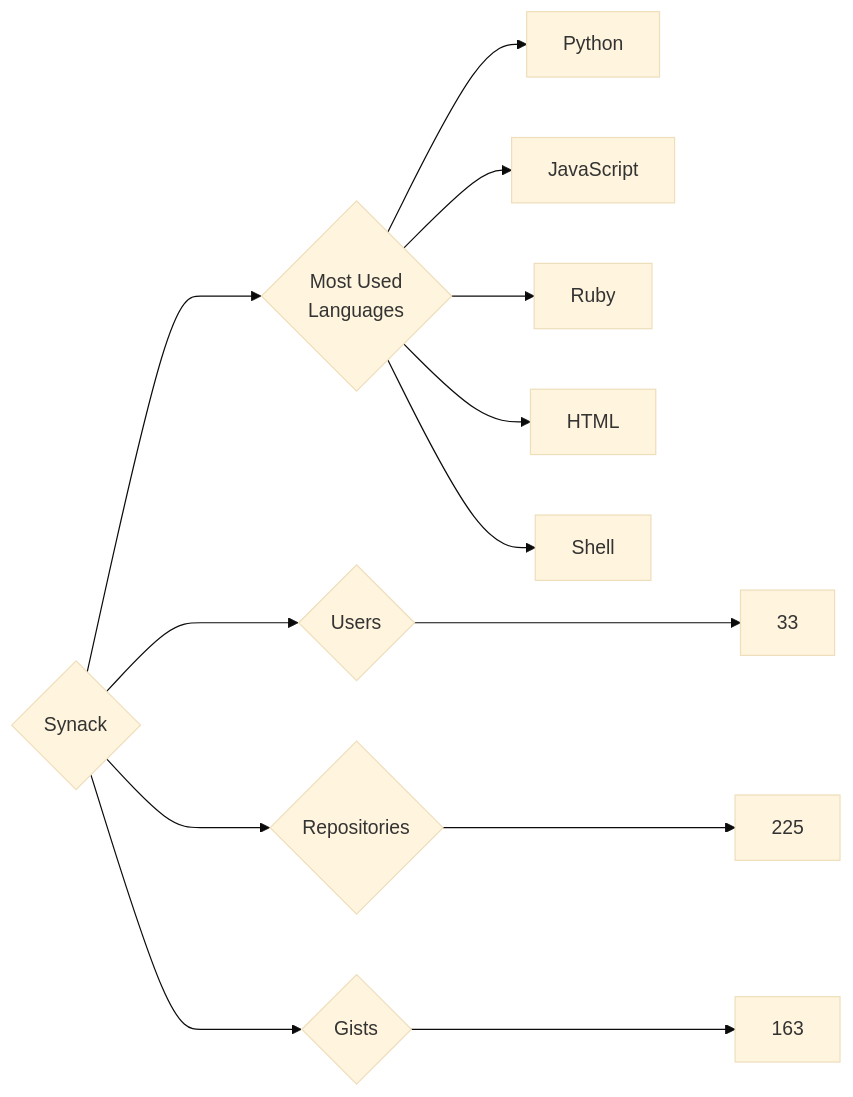
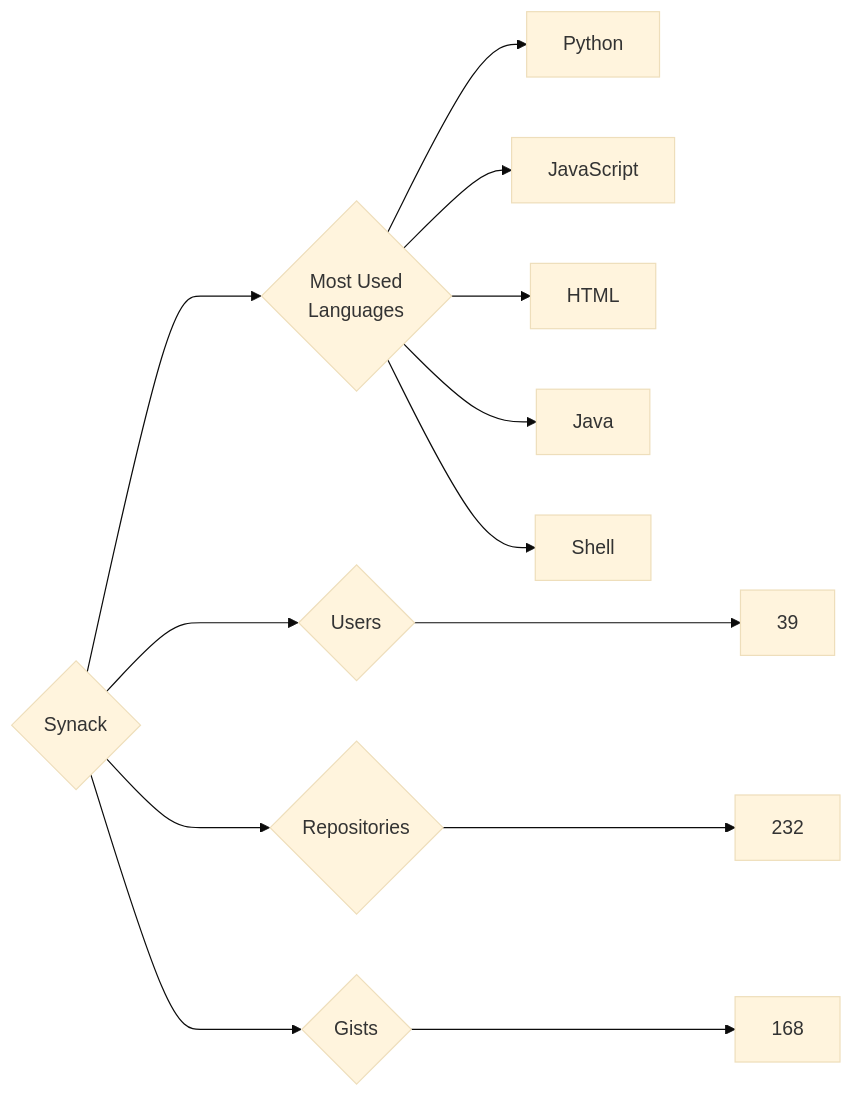
One commit to trickest/insiders changed the diagram in targets/Synack/README.md. Above: the diagram before and after it, drawn with Mermaid (base theme). The commit also changed 928 other files, not shown here.

````diff
--- a/targets/Synack/README.md
+++ b/targets/Synack/README.md
@@ -3,13 +3,13 @@
 ```mermaid
 graph LR
 COMPANY_NAME{Synack}
-COMPANY_NAME ---> U{Users} ---> UN[33]
-COMPANY_NAME ---> R{Repositories} ---> RN[225]
-COMPANY_NAME ---> G{Gists} ---> GN[163]
+COMPANY_NAME ---> U{Users} ---> UN[39]
+COMPANY_NAME ---> R{Repositories} ---> RN[232]
+COMPANY_NAME ---> G{Gists} ---> GN[168]
 COMPANY_NAME ---> ML{Most Used<br>Languages}
 ML --> Python[Python]
 ML --> JavaScript[JavaScript]
-ML --> Ruby[Ruby]
 ML --> HTML[HTML]
+ML --> Java[Java]
 ML --> Shell[Shell]
 ```
````
